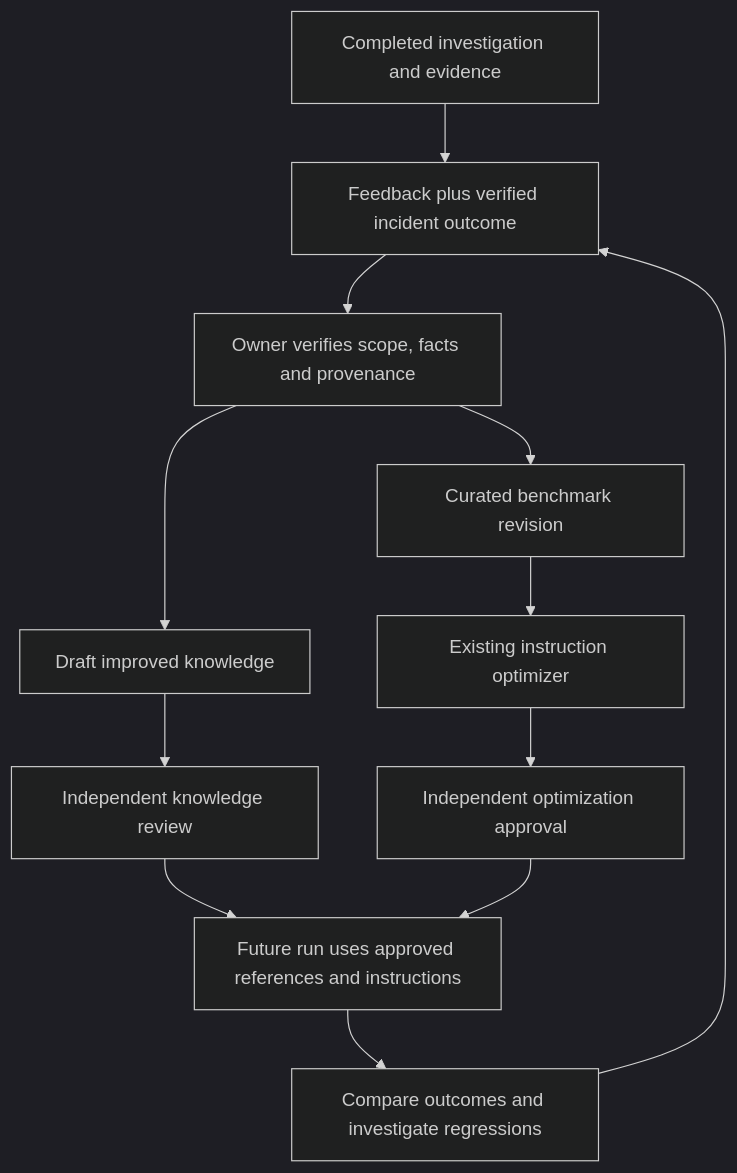
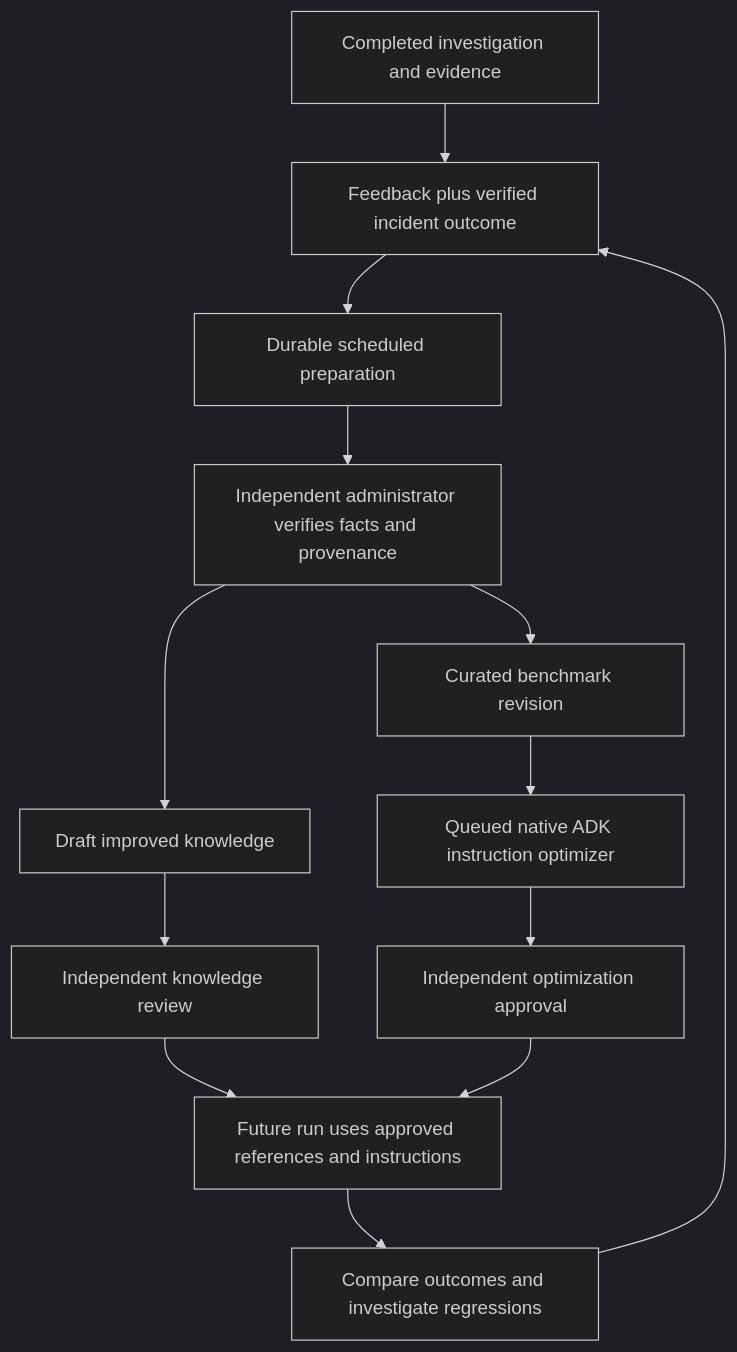
The third of 3 diagrams in docs/knowledge.md (BharathKumarAI/RCA-Analyzer), drawn with Mermaid (dark theme) before and after one commit. The commit also changed other lines of this file and 210 other files, not shown here.

````diff
--- a/docs/knowledge.md
+++ b/docs/knowledge.md
@@ -381,24 +439,25 @@
 ```mermaid
 flowchart TD
   RUN[Completed investigation and evidence] --> SIGNAL[Feedback plus verified incident outcome]
-  SIGNAL --> CURATE[Owner verifies scope, facts and provenance]
+  SIGNAL --> PREP[Durable scheduled preparation]
+  PREP --> CURATE[Independent administrator verifies facts and provenance]
   CURATE --> KB[Draft improved knowledge]
   CURATE --> SET[Curated benchmark revision]
   KB --> REVIEW[Independent knowledge review]
-  SET --> OPT[Existing instruction optimizer]
+  SET --> OPT[Queued native ADK instruction optimizer]
   OPT --> APPROVE[Independent optimization approval]
   REVIEW --> USE[Future run uses approved references and instructions]
   APPROVE --> USE
   USE --> MON[Compare outcomes and investigate regressions]
   MON --> SIGNAL
   click RUN "architecture.md#4-synthesis-and-terminal-state" "Run outcomes"
   click SIGNAL "knowledge.md#feedback-and-verified-learning-signals" "Feedback limitations"
   click CURATE "knowledge.md#implementation-milestones" "Provenance and curation"
   click KB "knowledge.md#knowledge-form-and-upload-behavior" "Draft knowledge"
   click SET "knowledge.md#datasets-and-replay-boundaries" "Benchmark curation"
   click REVIEW "knowledge.md#knowledge-review-state-transitions" "Knowledge review"
   click OPT "knowledge.md#how-the-existing-optimization-framework-works" "Existing optimizer"
   click APPROVE "knowledge.md#optimization-approval-storage-and-apis" "Approval gate"
   click USE "knowledge.md#exact-knowledge-retrieval-rules" "Reference selection"
   click MON "knowledge.md#measurement-and-regression-handling" "Measure and respond"
 ```
````
